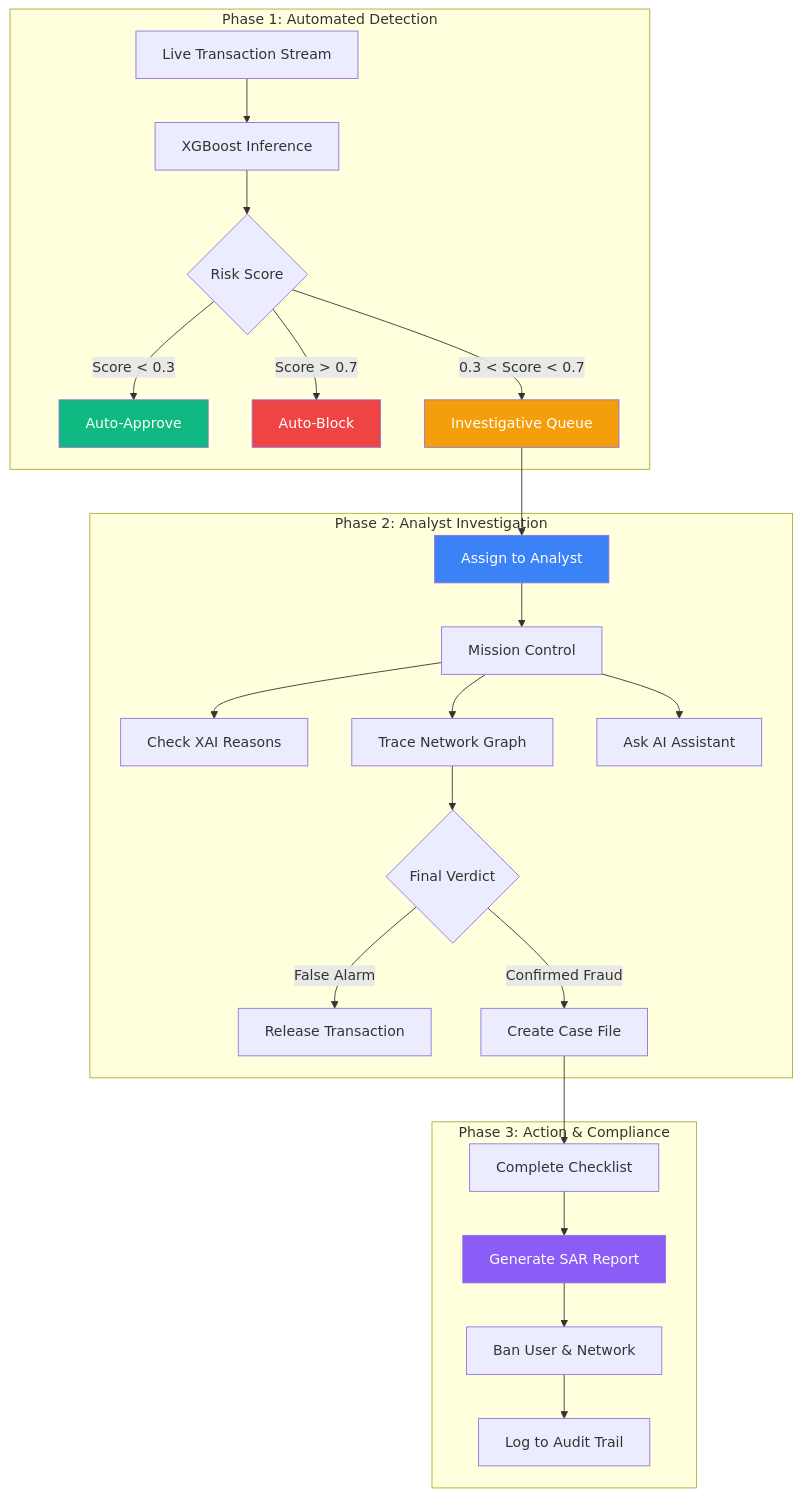
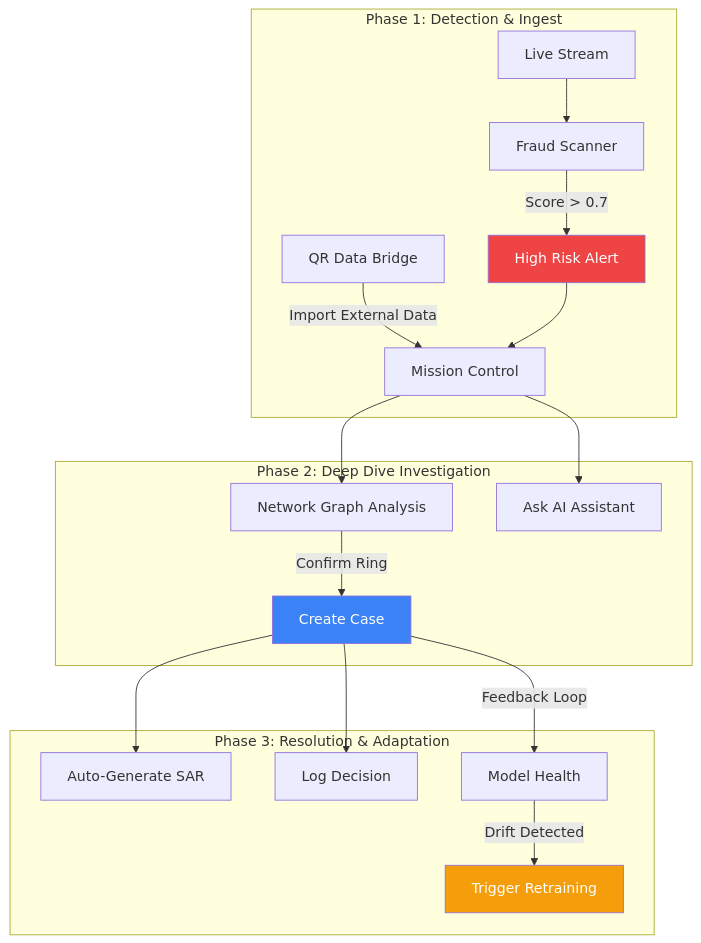
The first of 2 diagrams in 02_Solution_Description.md (rahathasan452/MXB2026-Rajshahi-Clover_crew-CloverShield), drawn with Mermaid before and after one commit. The commit also changed other lines of this file and 1 other file, not shown here.

Commit message:
docs: Add Model Health, QR Bridge and refine Connected Workflow

````diff
--- a/02_Solution_Description.md
+++ b/02_Solution_Description.md
@@ -54,35 +66,26 @@
 ```mermaid
 flowchart TD
-    subgraph "Phase 1: Automated Detection"
-        TX[Live Transaction Stream] --> MODEL[XGBoost Inference]
-        MODEL --> DECISION{Risk Score}
-        DECISION -->|Score < 0.3| PASS[Auto-Approve]
-        DECISION -->|Score > 0.7| BLOCK[Auto-Block]
-        DECISION -->|0.3 < Score < 0.7| QUEUE[Investigative Queue]
+    subgraph "Phase 1: Detection & Ingest"
+        QR[QR Data Bridge] -->|Import External Data| DASH
+        TX[Live Stream] --> MODEL[Fraud Scanner]
+        MODEL -->|Score > 0.7| ALERT[High Risk Alert]
     end
 
-    subgraph "Phase 2: Analyst Investigation"
-        QUEUE --> ASSIGN[Assign to Analyst]
-        ASSIGN --> DASH[Mission Control]
-        DASH --> EXPLAIN[Check XAI Reasons]
-        DASH --> GRAPH[Trace Network Graph]
+    subgraph "Phase 2: Deep Dive Investigation"
+        ALERT --> DASH[Mission Control]
+        DASH --> GRAPH[Network Graph Analysis]
         DASH --> COPILOT[Ask AI Assistant]
-        
-        GRAPH --> VERDICT{Final Verdict}
-        VERDICT -->|False Alarm| RELEASE[Release Transaction]
-        VERDICT -->|Confirmed Fraud| CASE[Create Case File]
+        GRAPH -->|Confirm Ring| CASE[Create Case]
     end
 
-    subgraph "Phase 3: Action & Compliance"
-        CASE --> CHECK[Complete Checklist]
-        CHECK --> SAR[Generate SAR Report]
-        SAR --> BAN[Ban User & Network]
-        BAN --> AUDIT[Log to Audit Trail]
+    subgraph "Phase 3: Resolution & Adaptation"
+        CASE --> SAR[Auto-Generate SAR]
+        CASE --> AUDIT[Log Decision]
+        CASE -->|Feedback Loop| HEALTH[Model Health]
+        HEALTH -->|Drift Detected| TRAIN[Trigger Retraining]
     end
     
-    style PASS fill:#10b981,color:#fff
-    style BLOCK fill:#ef4444,color:#fff
-    style QUEUE fill:#f59e0b,color:#fff
-    style ASSIGN fill:#3b82f6,color:#fff
-    style SAR fill:#8b5cf6,color:#fff
+    style ALERT fill:#ef4444,color:#fff
+    style CASE fill:#3b82f6,color:#fff
+    style TRAIN fill:#f59e0b,color:#fff
 ```
````
